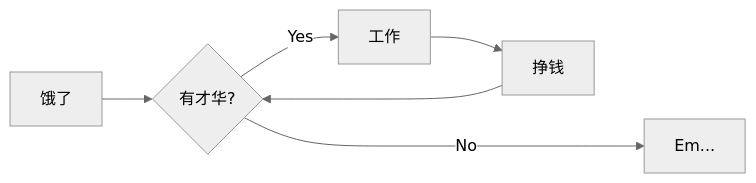
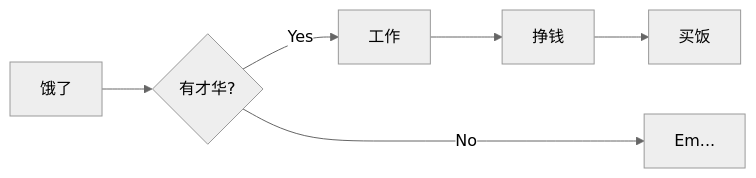
Before and after one commit to Echo-Yanglulu/obsidianPrivateNote: the diagram in 流程图.md, drawn with Mermaid (neutral theme). The commit also changed 1 other file, not shown here.

Commit message:
backup: 2022-07-09 13:01:58
Affected files:
.obsidian/workspace
流程图.md

````diff
--- a/流程图.md
+++ b/流程图.md
@@ -1,8 +1,8 @@
 ``` mermaid
 graph LR
   A[饿了] --> B{有才华?};
   B -->|Yes| C[工作];
   C --> D[挣钱];
-  D --> B;
-  B ---->|No| E[Em...];
+  D --> E[买饭];
+  B ---->|No| F[Em...];
 ```
````
